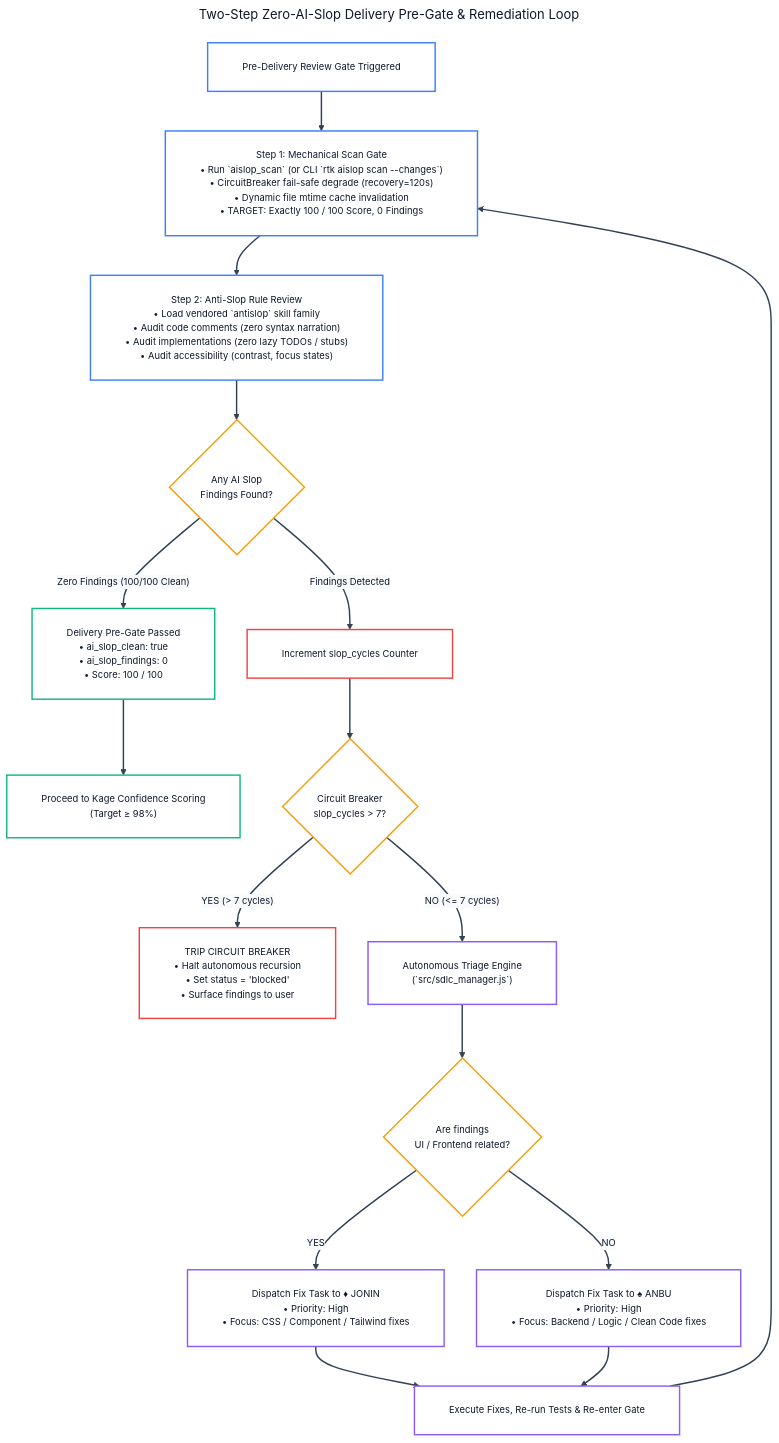
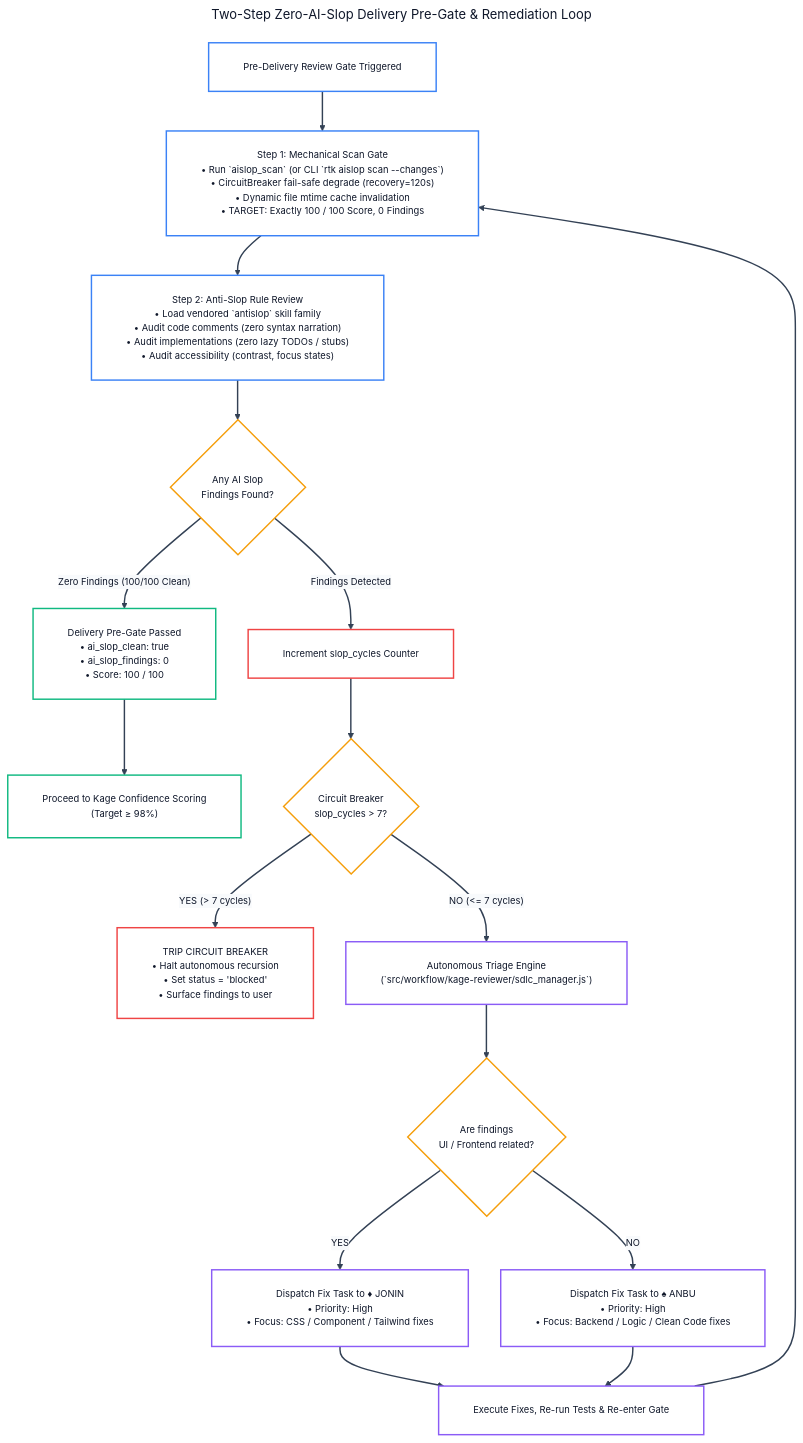
Before and after one commit to andycungkrinx91/konoha: the sixth of 15 diagrams in docs/ALL-WORKFLOW-DIAGRAMS.md, drawn with Mermaid. The commit also changed other lines of this file and 93 other files, not shown here.

````diff
--- a/docs/ALL-WORKFLOW-DIAGRAMS.md
+++ b/docs/ALL-WORKFLOW-DIAGRAMS.md
@@ -372,63 +372,63 @@
 ```mermaid
 ---
 title: Two-Step Zero-AI-Slop Delivery Pre-Gate & Remediation Loop
 config:
   theme: base
   themeVariables:
     darkMode: false
     background: '#ffffff'
     mainBkg: '#ffffff'
     primaryColor: '#ffffff'
     primaryTextColor: '#0f172a'
     primaryBorderColor: '#f59e0b'
     lineColor: '#334155'
     arrowheadColor: '#334155'
     secondaryColor: '#f8fafc'
     tertiaryColor: '#ffffff'
     fontFamily: 'Inter, system-ui, -apple-system, sans-serif'
     fontSize: '13px'
   flowchart:
     nodeSpacing: 45
     rankSpacing: 55
     padding: 24
     wrappingWidth: 380
 ---
 flowchart TD
     Trigger["Pre-Delivery Review Gate Triggered"] --> Step1["Step 1: Mechanical Scan Gate<br/>• Run `aislop_scan` (or CLI `rtk aislop scan --changes`)<br/>• CircuitBreaker fail-safe degrade (recovery=120s)<br/>• Dynamic file mtime cache invalidation<br/>• TARGET: Exactly 100 / 100 Score, 0 Findings"]
 
     Step1 --> Step2["Step 2: Anti-Slop Rule Review<br/>• Load vendored `antislop` skill family<br/>• Audit code comments (zero syntax narration)<br/>• Audit implementations (zero lazy TODOs / stubs)<br/>• Audit accessibility (contrast, focus states)"]
 
     Step2 --> CheckSlop{"Any AI Slop<br/>Findings Found?"}
 
     CheckSlop -- "Zero Findings (100/100 Clean)" --> PassGate["Delivery Pre-Gate Passed<br/>• ai_slop_clean: true<br/>• ai_slop_findings: 0<br/>• Score: 100 / 100"]
     PassGate --> KageGate["Proceed to Kage Confidence Scoring<br/>(Target ≥ 98%)"]
 
     CheckSlop -- "Findings Detected" --> LoopInit["Increment slop_cycles Counter"]
     LoopInit --> CheckBreaker{"Circuit Breaker<br/>slop_cycles > 7?"}
 
     CheckBreaker -- "YES (> 7 cycles)" --> Tripped["TRIP CIRCUIT BREAKER<br/>• Halt autonomous recursion<br/>• Set status = 'blocked'<br/>• Surface findings to user"]
 
-    CheckBreaker -- "NO (<= 7 cycles)" --> Triage["Autonomous Triage Engine<br/>(`src/sdlc_manager.js`)"]
+    CheckBreaker -- "NO (<= 7 cycles)" --> Triage["Autonomous Triage Engine<br/>(`src/workflow/kage-reviewer/sdlc_manager.js`)"]
     Triage --> CheckType{"Are findings<br/>UI / Frontend related?"}
 
     CheckType -- "YES" --> AssignJonin["Dispatch Fix Task to ♦ JONIN<br/>• Priority: High<br/>• Focus: CSS / Component / Tailwind fixes"]
     CheckType -- "NO" --> AssignAnbu["Dispatch Fix Task to ♠ ANBU<br/>• Priority: High<br/>• Focus: Backend / Logic / Clean Code fixes"]
 
     AssignJonin --> ReExecute["Execute Fixes, Re-run Tests &amp; Re-enter Gate"]
     AssignAnbu --> ReExecute
     ReExecute --> Step1
 
     linkStyle default stroke:#334155,stroke-width:2px;
 
     classDef triggerNode fill:#ffffff,stroke:#3b82f6,color:#0f172a,stroke-width:2px;
     classDef gateNode fill:#ffffff,stroke:#f59e0b,color:#0f172a,stroke-width:2px;
     classDef passNode fill:#ffffff,stroke:#10b981,color:#0f172a,stroke-width:2px;
     classDef loopNode fill:#ffffff,stroke:#ef4444,color:#0f172a,stroke-width:2px;
     classDef triageNode fill:#ffffff,stroke:#8b5cf6,color:#0f172a,stroke-width:2px;
 
     class Trigger,Step1,Step2 triggerNode;
     class CheckSlop,CheckBreaker,CheckType gateNode;
     class PassGate,KageGate passNode;
     class LoopInit,Tripped loopNode;
     class Triage,AssignJonin,AssignAnbu,ReExecute triageNode;
 ```
````
